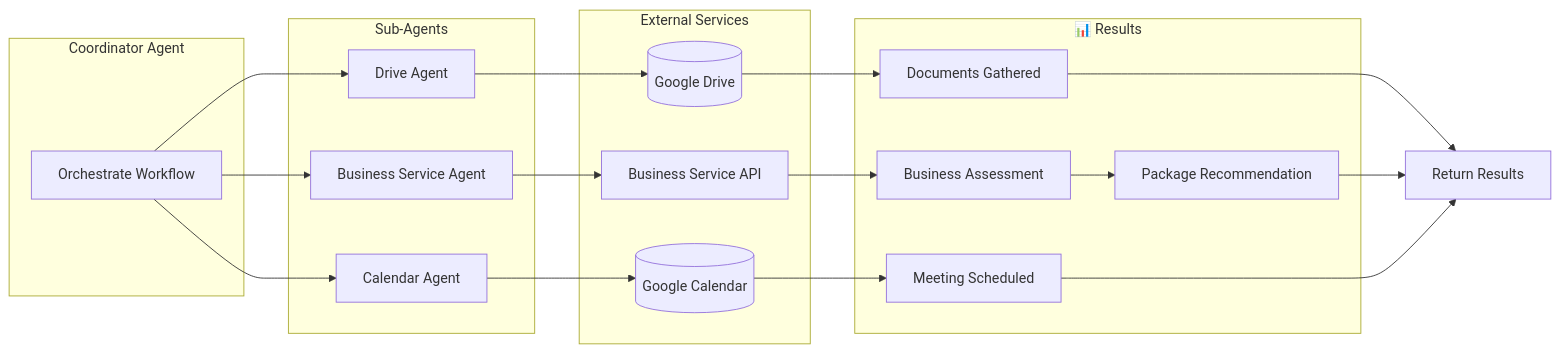
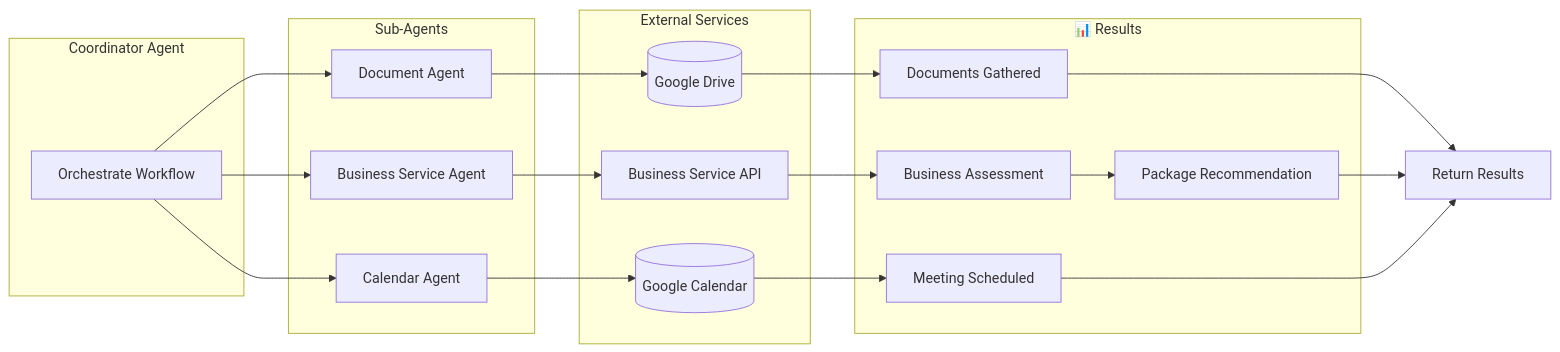
One commit to FusionAuth/fusionauth-site changed the second of 2 diagrams in astro/src/content/articles/ai/ai-authentication-authorization.mdx. Above: the diagram before and after it, drawn with Mermaid. The commit also changed other lines of this file, not shown here.

````diff
--- a/astro/src/content/articles/ai/ai-authentication-authorization.mdx
+++ b/astro/src/content/articles/ai/ai-authentication-authorization.mdx
@@ -219,30 +219,30 @@
 ```mermaid
 flowchart LR
     subgraph Coordinator["Coordinator Agent"]
         I[Orchestrate Workflow]
     end
 
     subgraph SubAgents["Sub-Agents"]
-        J["Drive Agent"]
+        J["Document Agent"]
         K["Business Service Agent"]
         L["Calendar Agent"]
     end
 
     subgraph External["External Services"]
         M[("Google Drive")]
         N["Business Service API"]
         O[("Google Calendar")]
     end
 
     subgraph Results["📊 Results"]
         P[Documents Gathered]
         Q[Business Assessment]
         R[Package Recommendation]
         S[Meeting Scheduled]
     end
 
     I --> J --> M --> P
     I --> K --> N --> Q --> R
     I --> L --> O --> S
     P & R & S --> T[Return Results]
 ```
````
